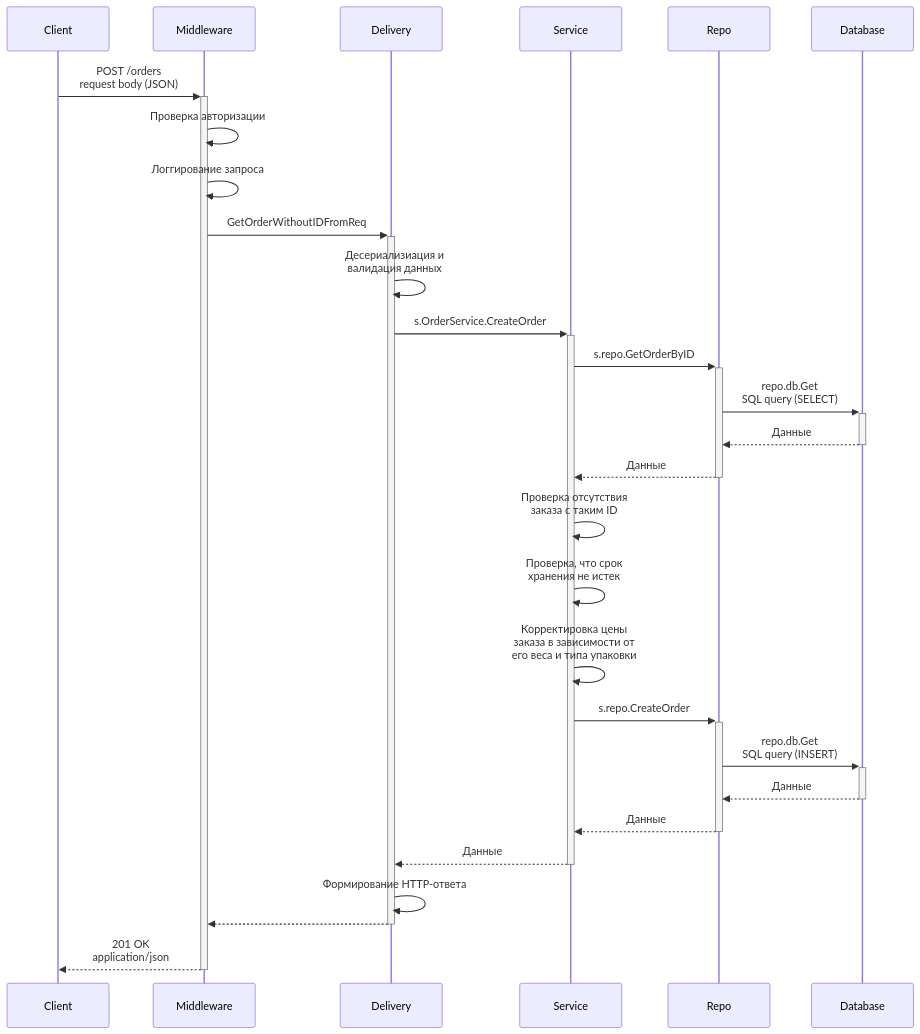
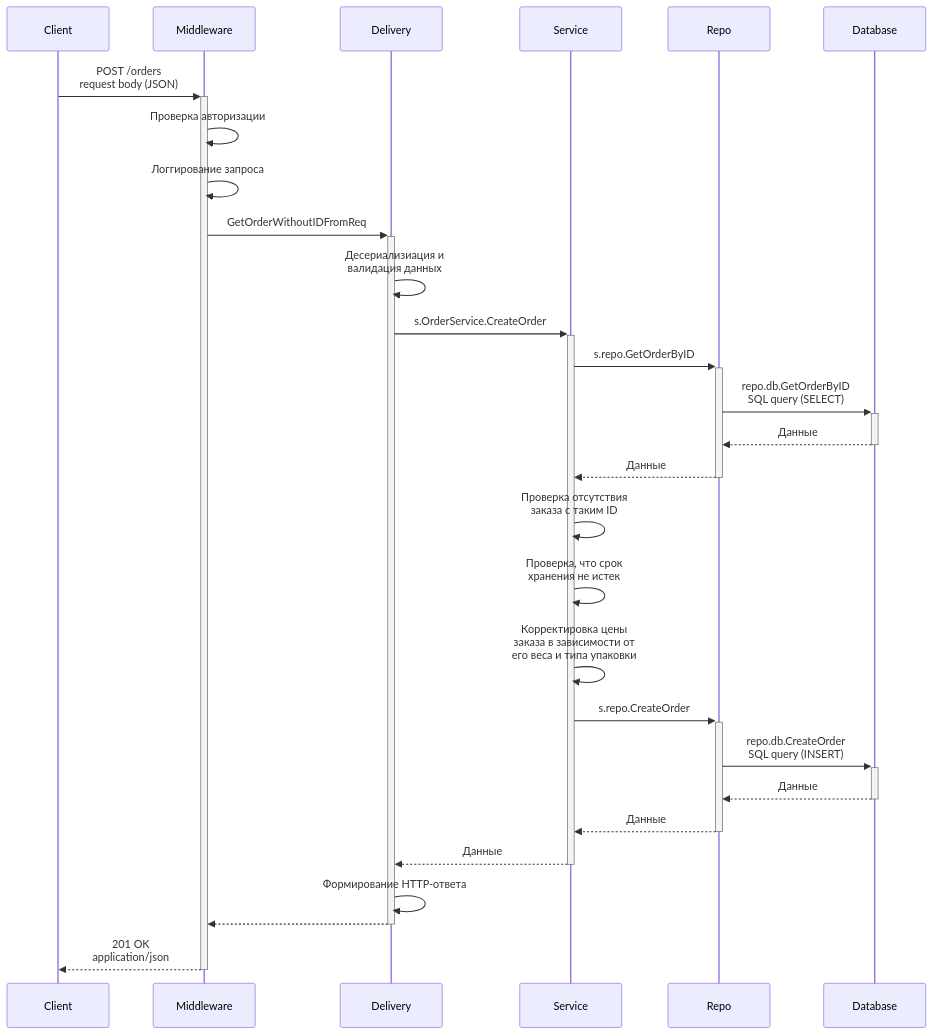
Before and after one commit to zlatoivan/pvz_microservice: the diagram in uml/GOHW-4, UML.mmd, drawn with Mermaid. The commit also changed 2 other files, not shown here.

```diff
--- a/uml/GOHW-4, UML.mmd
+++ b/uml/GOHW-4, UML.mmd
@@ -1,30 +1,30 @@
 sequenceDiagram
     Client->>+Middleware: POST /orders <br> request body (JSON)
 
     Middleware->>Middleware: Проверка авторизации
     Middleware->>Middleware: Логгирование запроса
     Middleware->>+Delivery: GetOrderWithoutIDFromReq
 
     Delivery->>Delivery: Десериализиация и <br> валидация данных
     Delivery->>+Service: s.OrderService.CreateOrder
 
     Service->>+Repo: s.repo.GetOrderByID
-    Repo->>+Database: repo.db.Get <br> SQL query (SELECT)
+    Repo->>+Database: repo.db.GetOrderByID <br> SQL query (SELECT)
     Database-->>-Repo: Данные
     Repo-->>-Service: Данные
 
     Service->>Service: Проверка отсутствия <br> заказа с таким ID
     Service->>Service: Проверка, что срок <br> хранения не истек
     Service->>Service: Корректировка цены <br> заказа в зависимости от <br> его веса и типа упаковки
 
     Service->>+Repo: s.repo.CreateOrder
-    Repo->>+Database: repo.db.Get <br> SQL query (INSERT)
+    Repo->>+Database: repo.db.CreateOrder <br> SQL query (INSERT)
     Database-->>-Repo: Данные
     Repo-->>-Service: Данные
 
     Service-->>-Delivery: Данные
     Delivery->>Delivery: Формирование HTTP-ответа
 
     Delivery-->>-Middleware: 
 
     Middleware-->>-Client: 201 OK <br> application/json
```
